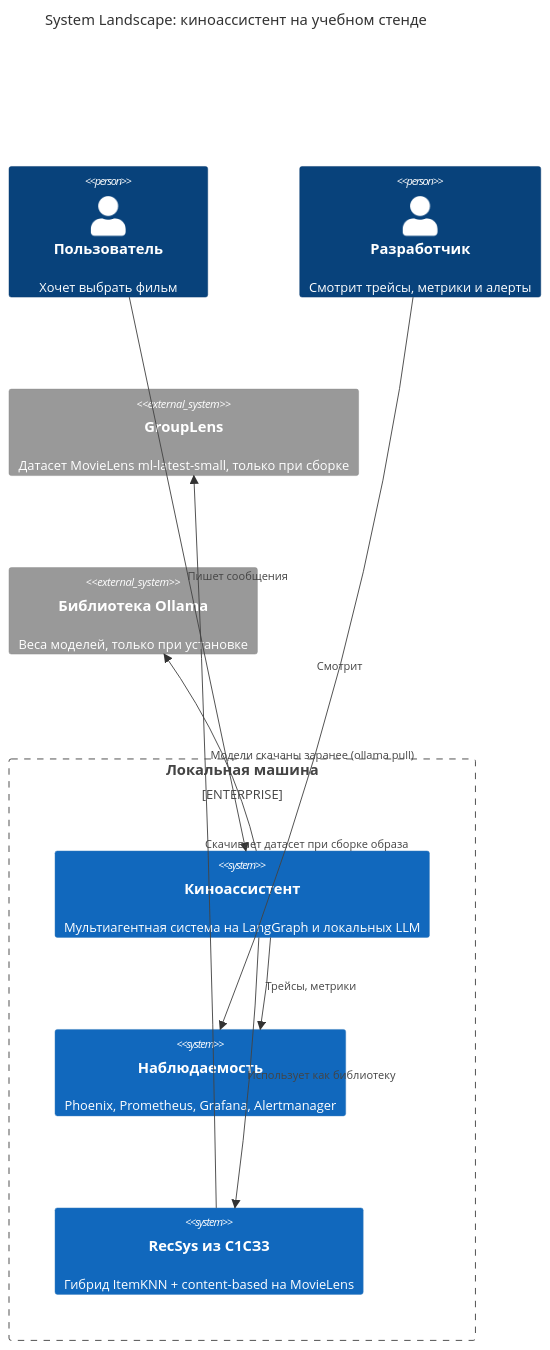
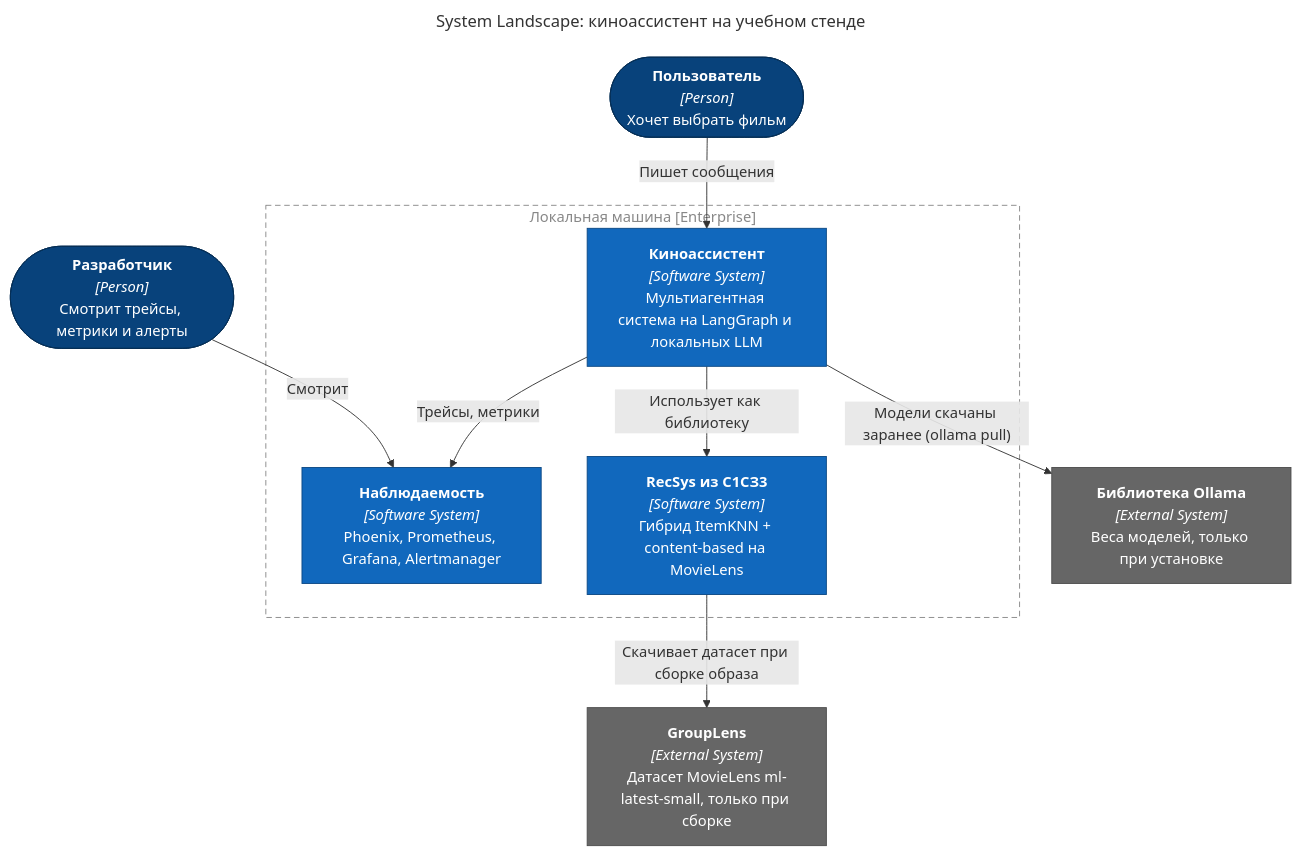
Before and after one commit to sstegss/movie-agents: the second of 11 diagrams in docs/ARCHITECTURE.md, drawn with Mermaid. The commit also changed other lines of this file, not shown here.

First line of the commit message:
Architecture: redraw C4 diagrams as flowcharts so labels do not overlap

````diff
--- a/docs/ARCHITECTURE.md
+++ b/docs/ARCHITECTURE.md
@@ -90,23 +65,31 @@
 ```mermaid
-C4Context
-  title System Landscape: киноассистент на учебном стенде
+---
+title: "System Landscape: киноассистент на учебном стенде"
+---
+flowchart TB
+  user(["<b>Пользователь</b><br/><i>[Person]</i><br/>Хочет выбрать фильм"]):::person
+  dev(["<b>Разработчик</b><br/><i>[Person]</i><br/>Смотрит трейсы, метрики и алерты"]):::person
 
-  Person(user, "Пользователь", "Хочет выбрать фильм")
-  Person(dev, "Разработчик", "Смотрит трейсы, метрики и алерты")
+  subgraph host["Локальная машина [Enterprise]"]
+    assistant["<b>Киноассистент</b><br/><i>[Software System]</i><br/>Мультиагентная система на LangGraph и локальных LLM"]:::system
+    observability["<b>Наблюдаемость</b><br/><i>[Software System]</i><br/>Phoenix, Prometheus, Grafana, Alertmanager"]:::system
+    recsys["<b>RecSys из С1СЗ3</b><br/><i>[Software System]</i><br/>Гибрид ItemKNN + content-based на MovieLens"]:::system
+  end
 
-  Enterprise_Boundary(host, "Локальная машина") {
-    System(assistant, "Киноассистент", "Мультиагентная система на LangGraph и локальных LLM")
-    System(observability, "Наблюдаемость", "Phoenix, Prometheus, Grafana, Alertmanager")
-    System(recsys, "RecSys из С1СЗ3", "Гибрид ItemKNN + content-based на MovieLens")
-  }
+  grouplens["<b>GroupLens</b><br/><i>[External System]</i><br/>Датасет MovieLens ml-latest-small, только при сборке"]:::ext
+  ollamalib["<b>Библиотека Ollama</b><br/><i>[External System]</i><br/>Веса моделей, только при установке"]:::ext
 
-  System_Ext(grouplens, "GroupLens", "Датасет MovieLens ml-latest-small, только при сборке")
-  System_Ext(ollamalib, "Библиотека Ollama", "Веса моделей, только при установке")
+  user -->|Пишет сообщения| assistant
+  dev -->|Смотрит| observability
+  assistant -->|Использует как библиотеку| recsys
+  assistant -->|Трейсы, метрики| observability
+  recsys -->|Скачивает датасет при сборке образа| grouplens
+  assistant -->|"Модели скачаны заранее (ollama pull)"| ollamalib
 
-  Rel(user, assistant, "Пишет сообщения")
-  Rel(assistant, recsys, "Использует как библиотеку")
-  Rel(assistant, observability, "Трейсы, метрики")
-  Rel(dev, observability, "Смотрит")
-  Rel(recsys, grouplens, "Скачивает датасет при сборке образа")
-  Rel(assistant, ollamalib, "Модели скачаны заранее (ollama pull)")
+  classDef person fill:#08427b,stroke:#052e56,color:#ffffff
+  classDef system fill:#1168bd,stroke:#0b4884,color:#ffffff
+  classDef ext fill:#666666,stroke:#4d4d4d,color:#ffffff
+  classDef container fill:#438dd5,stroke:#2e6295,color:#ffffff
+  classDef component fill:#85bbf0,stroke:#5d82a8,color:#000000
+  style host fill:none,stroke:#888888,stroke-dasharray:6 4,color:#888888
 ```
````
